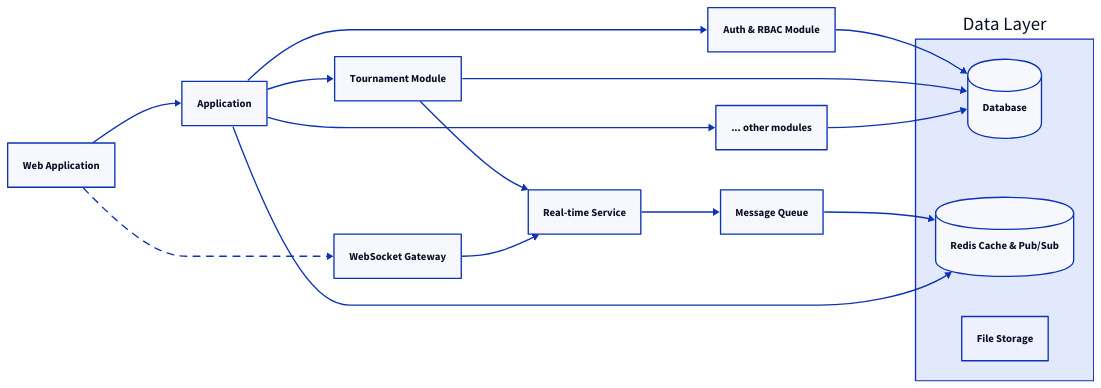
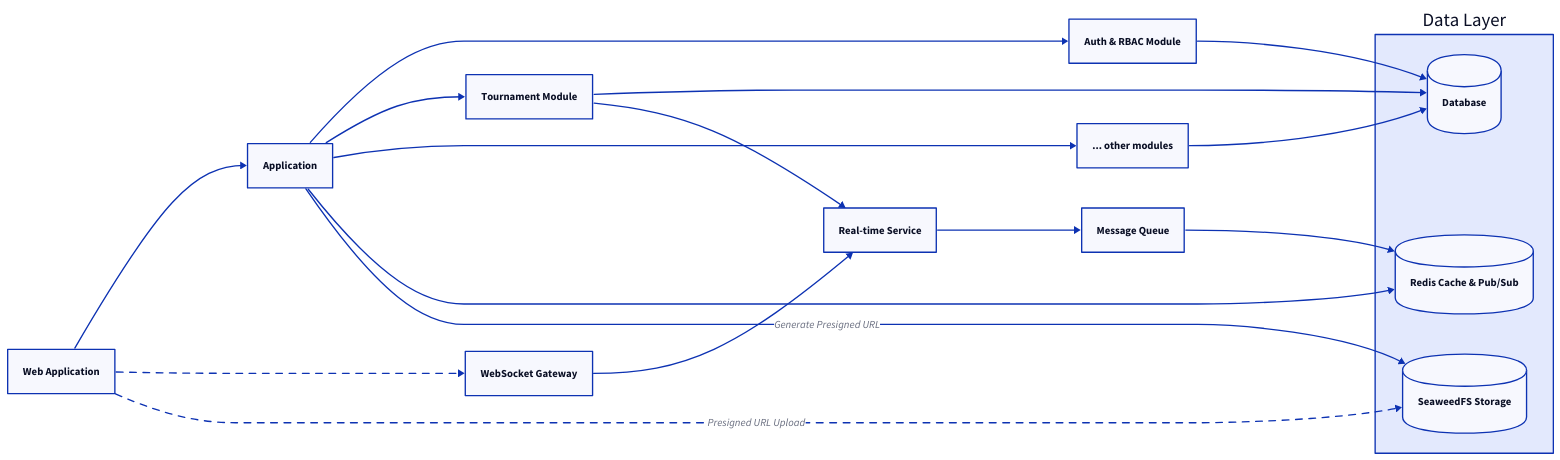
One commit to philongdanh/lms changed the diagram in blueprint/architecture/design.md. Above: the diagram before and after it, drawn with D2. The commit also changed other lines of this file and 13 other files, not shown here.

````diff
--- a/blueprint/architecture/design.md
+++ b/blueprint/architecture/design.md
@@ -24,43 +24,47 @@
 ```d2
 direction: right
 # SSoT: TC-ARCH-01 (Modular Monolith) | TC-ARCH-06 (Data Isolation)
 
 Web: Web Application
 App: Application
 
 Auth: Auth & RBAC Module
 Tournament: Tournament Module
 OtherModules: ... other modules
 
 WSGateway: WebSocket Gateway
 Realtime: Real-time Service
 MsgQueue: Message Queue
 
 Data Layer: {
   DB: Database {
     shape: cylinder
   }
   Redis: Redis Cache & Pub/Sub {
     shape: cylinder
   }
-  Storage: File Storage
+  SeaweedFS: SeaweedFS Storage {
+    shape: cylinder
+  }
 }
 
 Web -> App
 Web -> WSGateway: {style.stroke-dash: 5}
+Web -> Data Layer.SeaweedFS: Presigned URL Upload {style.stroke-dash: 5}
 
 App -> Auth
 App -> Tournament
 App -> OtherModules
 
 Auth -> Data Layer.DB
 Tournament -> Data Layer.DB
 OtherModules -> Data Layer.DB
 
 Tournament -> Realtime
 WSGateway -> Realtime
 Realtime -> MsgQueue
 MsgQueue -> Data Layer.Redis
 
 App -> Data Layer.Redis
+App -> Data Layer.SeaweedFS: Generate Presigned URL
 ```
````
